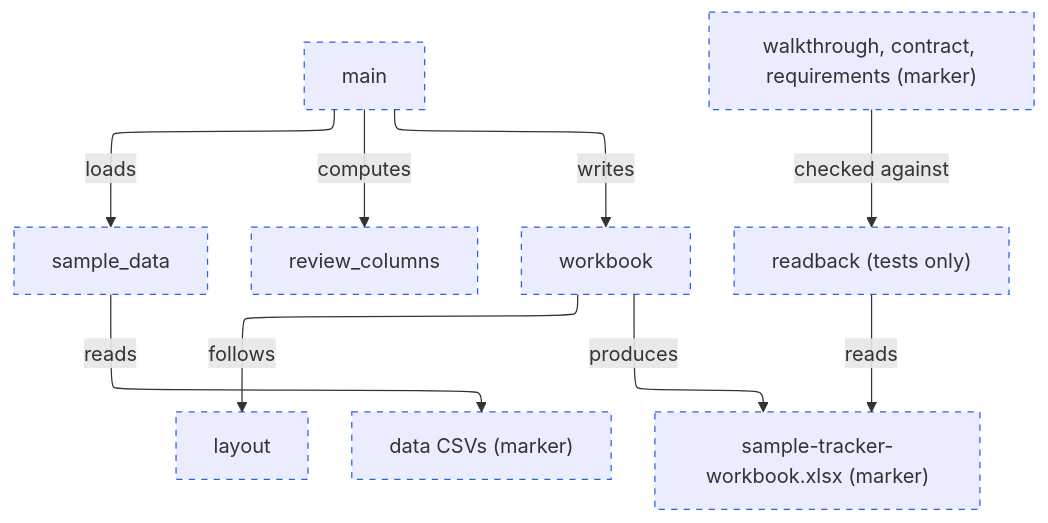
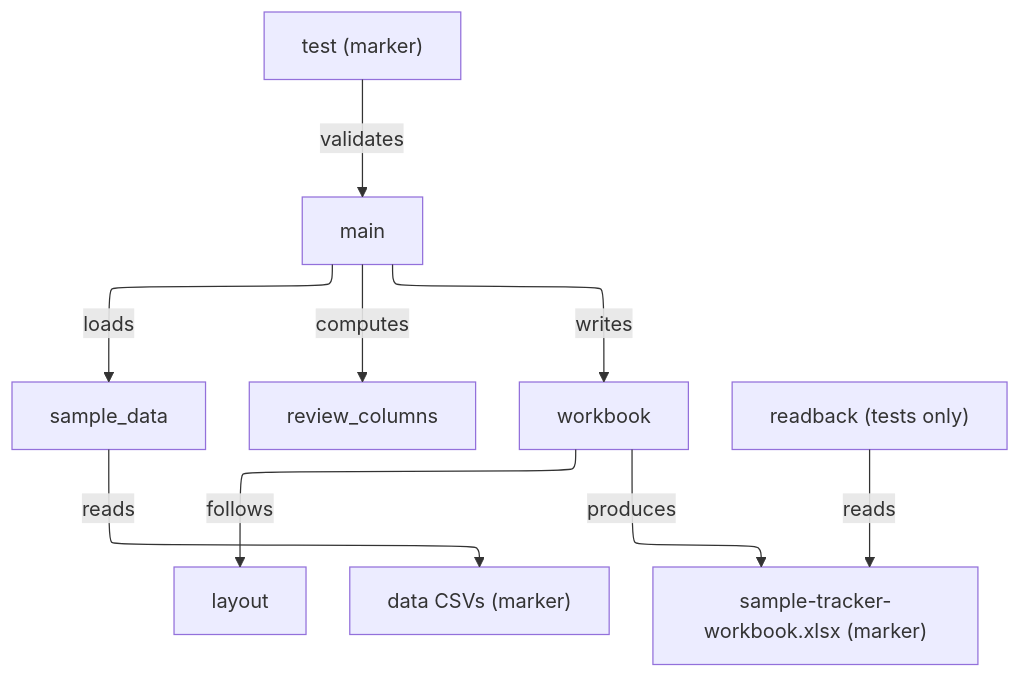
Before and after one commit to vrparthasarathy/migration-job-discovery: the diagram in tracker-tools/sample-tracker-workbook/README.md, drawn with Mermaid. The commit also changed other lines of this file and 30 other files, not shown here.

Commit message:
Build Sample Tracker Workbook.

````diff
--- a/tracker-tools/sample-tracker-workbook/README.md
+++ b/tracker-tools/sample-tracker-workbook/README.md
@@ -67,17 +26,16 @@
 ```mermaid
 ---
 config:
   layout: elk
 ---
 %%{init: {"securityLevel": "loose"}}%%
 flowchart TB
-  main["main"]:::planned -->|"loads"| data["sample_data"]:::planned
-  main -->|"computes"| rc["review_columns"]:::planned
-  main -->|"writes"| wb["workbook"]:::planned
-  wb -->|"follows"| layout["layout"]:::planned
-  data -->|"reads"| csvs["data CSVs (marker)"]:::planned
-  wb -->|"produces"| xlsx["sample-tracker-workbook.xlsx (marker)"]:::planned
-  rb["readback (tests only)"]:::planned -->|"reads"| xlsx
-  docs["walkthrough, contract, requirements (marker)"]:::planned -->|"checked against"| rb
-  classDef planned stroke-dasharray: 5 5,stroke:#2563eb
+  main["main"] -->|"loads"| data["sample_data"]
+  main -->|"computes"| rc["review_columns"]
+  main -->|"writes"| wb["workbook"]
+  wb -->|"follows"| layout["layout"]
+  data -->|"reads"| csvs["data CSVs (marker)"]
+  wb -->|"produces"| xlsx["sample-tracker-workbook.xlsx (marker)"]
+  rb["readback (tests only)"] -->|"reads"| xlsx
+  tests["test (marker)"] -->|"validates"| main
 ```
````
